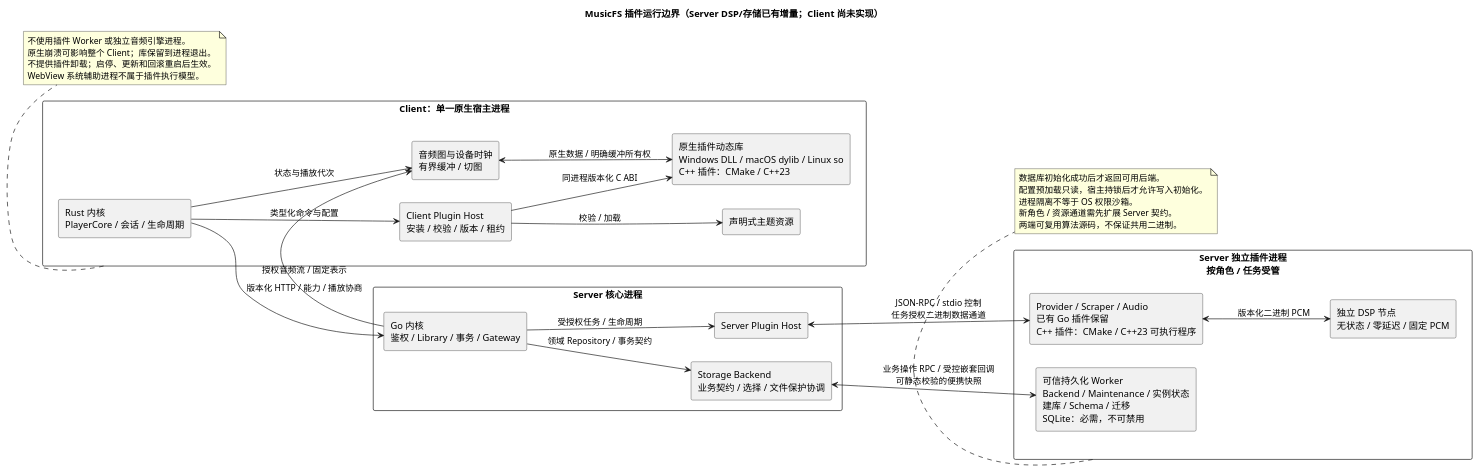
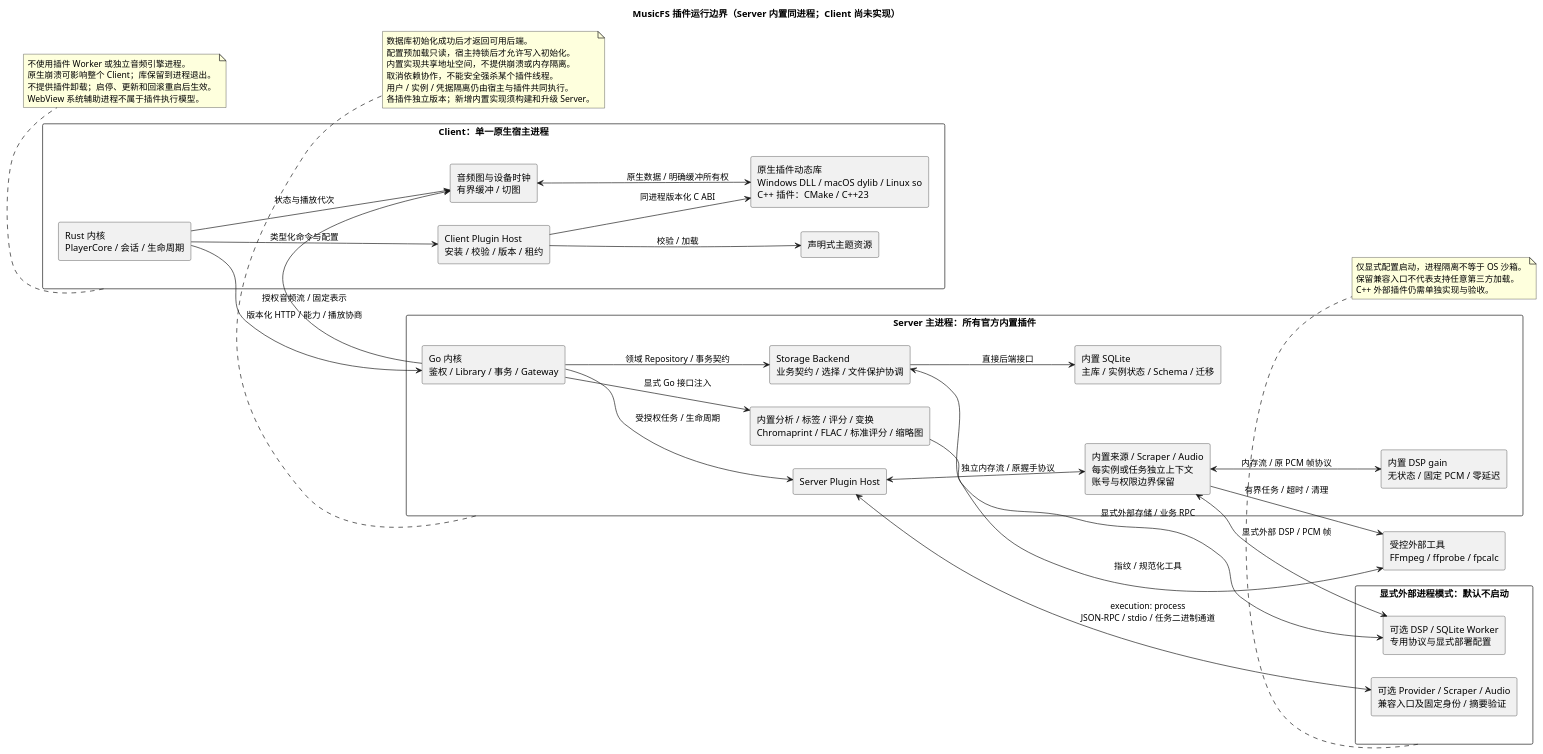
Before and after one commit to fnMrRice/MusicFS: the diagram in docs/diagrams/plugin-boundaries.puml, drawn with PlantUML. The commit also changed 6 other files, not shown here.

```diff
--- a/docs/diagrams/plugin-boundaries.puml
+++ b/docs/diagrams/plugin-boundaries.puml
@@ -1,53 +1,71 @@
 @startuml
-title MusicFS 插件运行边界（Server DSP/存储已有增量；Client 尚未实现）
+title MusicFS 插件运行边界（Server 内置同进程；Client 尚未实现）
 left to right direction
 skinparam componentStyle rectangle
 
 rectangle "Client：单一原生宿主进程" as Client {
   component "Rust 内核\nPlayerCore / 会话 / 生命周期" as Core
   component "Client Plugin Host\n安装 / 校验 / 版本 / 租约" as CHost
   component "原生插件动态库\nWindows DLL / macOS dylib / Linux so\nC++ 插件：CMake / C++23" as Dll
   component "音频图与设备时钟\n有界缓冲 / 切图" as Audio
   component "声明式主题资源" as Theme
   Core --> CHost : 类型化命令与配置
   CHost --> Dll : 同进程版本化 C ABI
   Audio <--> Dll : 原生数据 / 明确缓冲所有权
   Core --> Audio : 状态与播放代次
   CHost --> Theme : 校验 / 加载
 }
 
-rectangle "Server 核心进程" as Server {
+rectangle "Server 主进程：所有官方内置插件" as Server {
   component "Go 内核\n鉴权 / Library / 事务 / Gateway" as SCore
   component "Server Plugin Host" as SHost
   component "Storage Backend\n业务契约 / 选择 / 文件保护协调" as Storage
+  component "内置来源 / Scraper / Audio\n每实例或任务独立上下文\n账号与权限边界保留" as Builtin
+  component "内置 DSP gain\n无状态 / 固定 PCM / 零延迟" as DSP
+  component "内置 SQLite\n主库 / 实例状态 / Schema / 迁移" as DB
+  component "内置分析 / 标签 / 评分 / 变换\nChromaprint / FLAC / 标准评分 / 缩略图" as Algorithms
   SCore --> SHost : 受授权任务 / 生命周期
   SCore --> Storage : 领域 Repository / 事务契约
+  SHost <--> Builtin : 独立内存流 / 原握手协议
+  Builtin <--> DSP : 内存流 / 原 PCM 帧协议
+  Storage --> DB : 直接后端接口
+  SCore --> Algorithms : 显式 Go 接口注入
 }
 
-rectangle "Server 独立插件进程\n按角色 / 任务受管" as Workers {
-  component "Provider / Scraper / Audio\n已有 Go 插件保留\nC++ 插件：CMake / C++23 可执行程序" as Worker
-  component "独立 DSP 节点\n无状态 / 零延迟 / 固定 PCM" as DSP
-  component "可信持久化 Worker\nBackend / Maintenance / 实例状态\n建库 / Schema / 迁移\nSQLite：必需，不可禁用" as DBWorker
-  Worker <--> DSP : 版本化二进制 PCM
+rectangle "显式外部进程模式：默认不启动" as Workers {
+  component "可选 Provider / Scraper / Audio\n兼容入口及固定身份 / 摘要验证" as Worker
+  component "可选 DSP / SQLite Worker\n专用协议与显式部署配置" as ExternalInfrastructure
 }
+
+component "受控外部工具\nFFmpeg / ffprobe / fpcalc" as Tools
 
 Core --> SCore : 版本化 HTTP / 能力 / 播放协商
 SCore --> Audio : 授权音频流 / 固定表示
-SHost <--> Worker : JSON-RPC / stdio 控制\n任务授权二进制数据通道
-Storage <--> DBWorker : 业务操作 RPC / 受控嵌套回调\n可静态校验的便携快照
+SHost <--> Worker : execution: process\nJSON-RPC / stdio / 任务二进制通道
+Storage <--> ExternalInfrastructure : 显式外部存储 / 业务 RPC
+Builtin <--> ExternalInfrastructure : 显式外部 DSP / PCM 帧
+Builtin --> Tools : 有界任务 / 超时 / 清理
+Algorithms --> Tools : 指纹 / 规范化工具
 
 note bottom of Client
   不使用插件 Worker 或独立音频引擎进程。
   原生崩溃可影响整个 Client；库保留到进程退出。
   不提供插件卸载；启停、更新和回滚重启后生效。
   WebView 系统辅助进程不属于插件执行模型。
 end note
 
-note bottom of Workers
+note bottom of Server
   数据库初始化成功后才返回可用后端。
   配置预加载只读，宿主持锁后才允许写入初始化。
-  进程隔离不等于 OS 权限沙箱。
-  新角色 / 资源通道需先扩展 Server 契约。
-  两端可复用算法源码，不保证共用二进制。
+  内置实现共享地址空间，不提供崩溃或内存隔离。
+  取消依赖协作，不能安全强杀某个插件线程。
+  用户 / 实例 / 凭据隔离仍由宿主与插件共同执行。
+  各插件独立版本；新增内置实现须构建和升级 Server。
+end note
+
+note bottom of Workers
+  仅显式配置启动，进程隔离不等于 OS 沙箱。
+  保留兼容入口不代表支持任意第三方加载。
+  C++ 外部插件仍需单独实现与验收。
 end note
 @enduml
```
